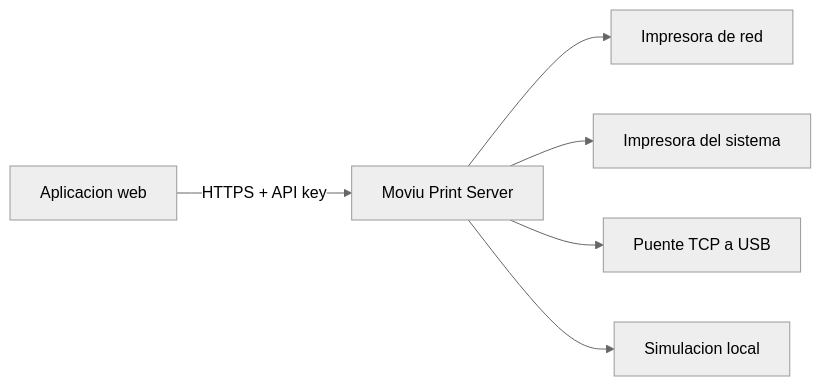
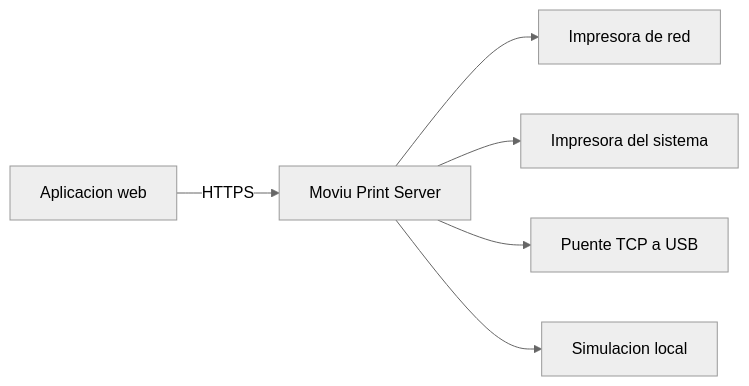
One commit to dancoLgh/moviu changed the diagram in README.md. Above: the diagram before and after it, drawn with Mermaid (neutral theme). The commit also changed other lines of this file and 6 other files, not shown here.

First line of the commit message:
Document local access without API key and USB bridge usage

````diff
--- a/README.md
+++ b/README.md
@@ -83,8 +85,8 @@
 ```mermaid
 flowchart LR
-    A[Aplicacion web] -->|HTTPS + API key| B[Moviu Print Server]
+    A[Aplicacion web] -->|HTTPS| B[Moviu Print Server]
     B --> C[Impresora de red]
     B --> D[Impresora del sistema]
     B --> E[Puente TCP a USB]
     B --> F[Simulacion local]
 ```
````
